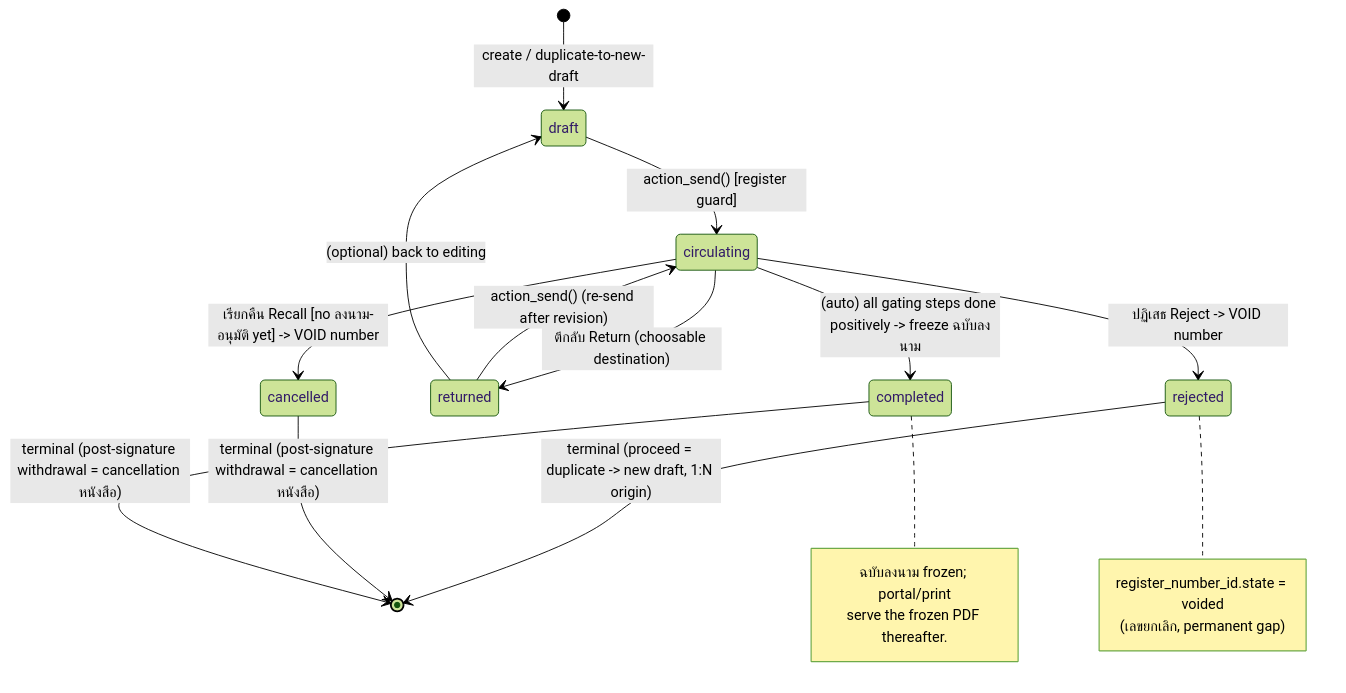
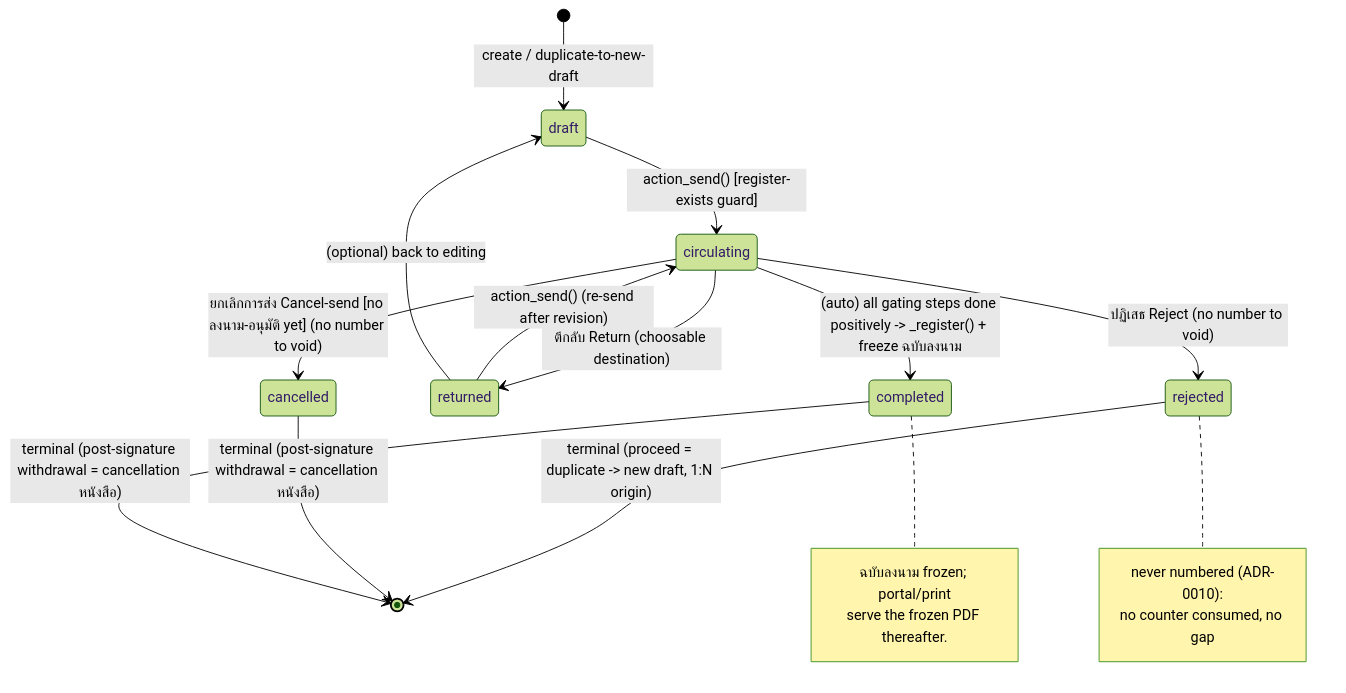
Before and after one commit to Aginix/kmitl: the third of 8 diagrams in agx_sarabun/DESIGN.md, drawn with Mermaid (forest theme). The commit also changed other lines of this file and 11 other files, not shown here.

First line of the commit message:
[16.0][IMP] agx_sarabun: register number at final approval, not at send

````diff
--- a/agx_sarabun/DESIGN.md
+++ b/agx_sarabun/DESIGN.md
@@ -673,27 +676,27 @@
 ```mermaid
 stateDiagram-v2
     [*] --> draft : create / duplicate-to-new-draft
 
-    draft --> circulating : action_send() [register guard]
+    draft --> circulating : action_send() [register-exists guard]
 
-    circulating --> completed : (auto) all gating steps done positively -> freeze ฉบับลงนาม
+    circulating --> completed : (auto) all gating steps done positively -> _register() + freeze ฉบับลงนาม
     circulating --> returned : ตีกลับ Return (choosable destination)
-    circulating --> rejected : ปฏิเสธ Reject -> VOID number
-    circulating --> cancelled : เรียกคืน Recall [no ลงนาม-อนุมัติ yet] -> VOID number
+    circulating --> rejected : ปฏิเสธ Reject (no number to void)
+    circulating --> cancelled : ยกเลิกการส่ง Cancel-send [no ลงนาม-อนุมัติ yet] (no number to void)
 
     returned --> circulating : action_send() (re-send after revision)
     returned --> draft : (optional) back to editing
 
     rejected --> [*] : terminal (proceed = duplicate -> new draft, 1:N origin)
     cancelled --> [*] : terminal (post-signature withdrawal = cancellation หนังสือ)
     completed --> [*] : terminal (post-signature withdrawal = cancellation หนังสือ)
 
     note right of completed
         ฉบับลงนาม frozen; portal/print
         serve the frozen PDF thereafter.
     end note
     note right of rejected
-        register_number_id.state = voided
-        (เลขยกเลิก, permanent gap)
+        never numbered (ADR-0010):
+        no counter consumed, no gap
     end note
 ```
````
